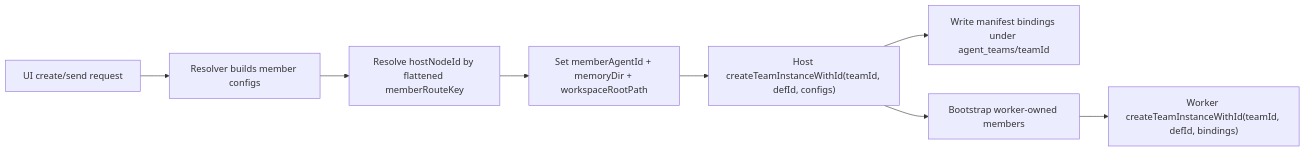
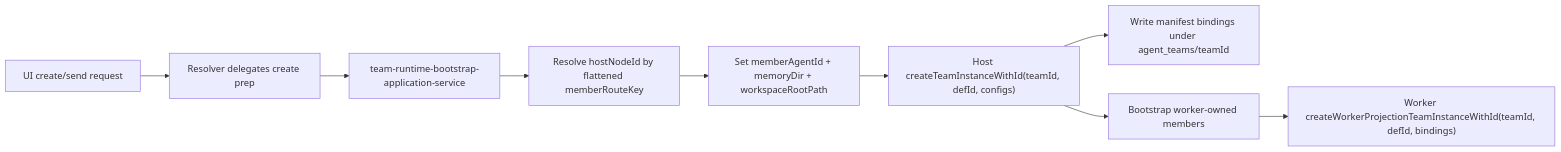
Before and after one commit to AutoByteus/autobyteus-workspace: the first of 5 diagrams in tickets/in-progress/team-memory-layout-member-folders/proposed-design.md, drawn with Mermaid. The commit also changed other lines of this file and 6 other files, not shown here.

Commit message:
sync team-memory ticket artifacts with implemented distributed runtime refactor

````diff
--- a/tickets/in-progress/team-memory-layout-member-folders/proposed-design.md
+++ b/tickets/in-progress/team-memory-layout-member-folders/proposed-design.md
@@ -48,10 +55,11 @@
 ```mermaid
 flowchart LR
-  UI["UI create/send request"] --> RES["Resolver builds member configs"]
-  RES --> PLACE["Resolve hostNodeId by flattened memberRouteKey"]
+  UI["UI create/send request"] --> RES["Resolver delegates create prep"]
+  RES --> APP["team-runtime-bootstrap-application-service"]
+  APP --> PLACE["Resolve hostNodeId by flattened memberRouteKey"]
   PLACE --> CFG["Set memberAgentId + memoryDir + workspaceRootPath"]
   CFG --> HOST["Host createTeamInstanceWithId(teamId, defId, configs)"]
   HOST --> MANI["Write manifest bindings under agent_teams/teamId"]
   HOST --> BOOT["Bootstrap worker-owned members"]
-  BOOT --> WORK["Worker createTeamInstanceWithId(teamId, defId, bindings)"]
+  BOOT --> WORK["Worker createWorkerProjectionTeamInstanceWithId(teamId, defId, bindings)"]
 ```
````
